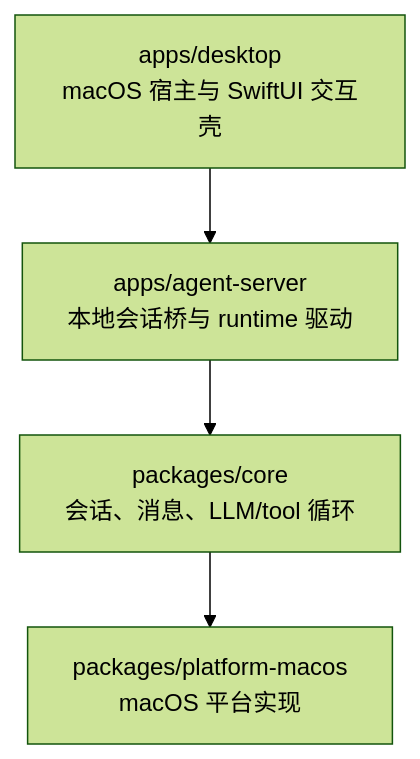
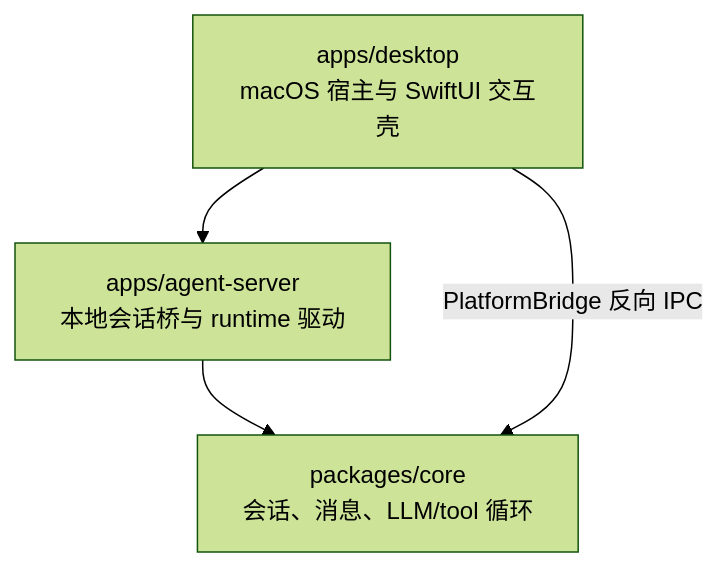
Before and after one commit to Lixuhang987/SpotAgent: the first of 2 diagrams in handAgent.md, drawn with Mermaid (forest theme). The commit also changed other lines of this file and 14 other files, not shown here.

First line of the commit message:
feat(platform): 删除 platform-macos 包，screen.capture 切到 ScreenCaptureKit

````diff
--- a/handAgent.md
+++ b/handAgent.md
@@ -21,6 +21,6 @@
 ```mermaid
 flowchart TD
   A[apps/desktop<br/>macOS 宿主与 SwiftUI 交互壳] --> B[apps/agent-server<br/>本地会话桥与 runtime 驱动]
   B --> C[packages/core<br/>会话、消息、LLM/tool 循环]
-  C --> D[packages/platform-macos<br/>macOS 平台实现]
+  A -->|PlatformBridge 反向 IPC| C
 ```
````
